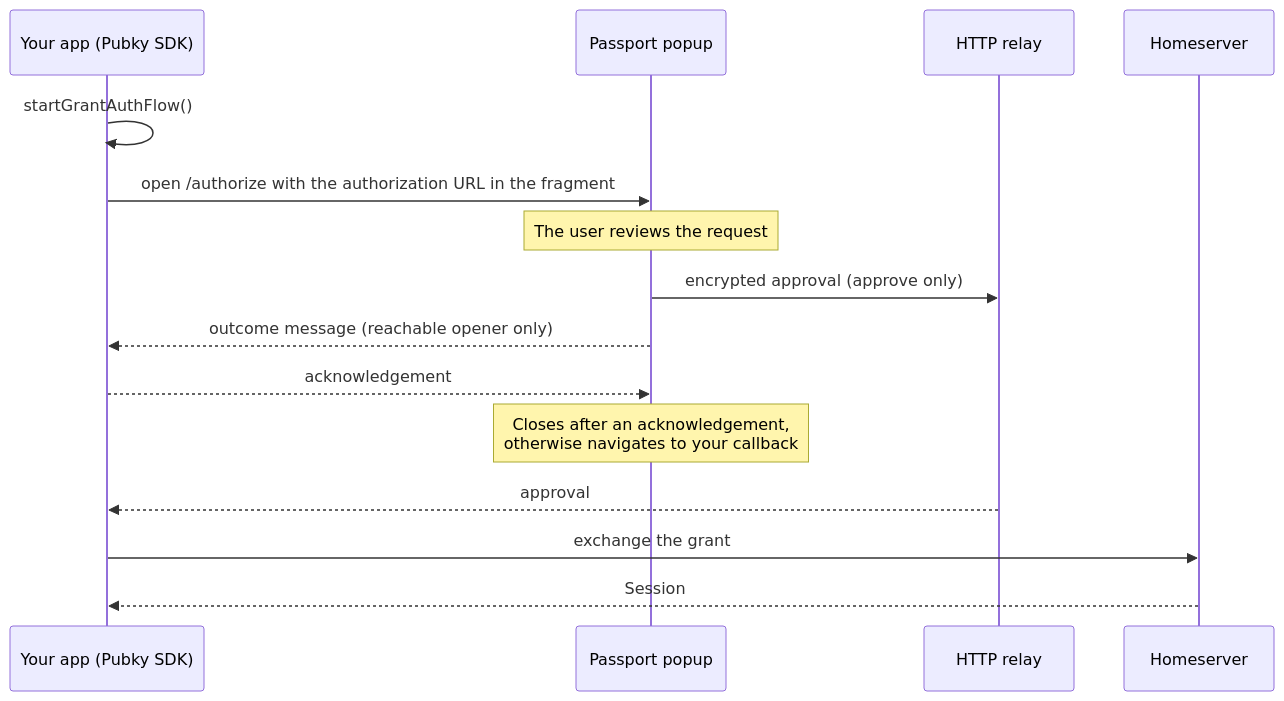
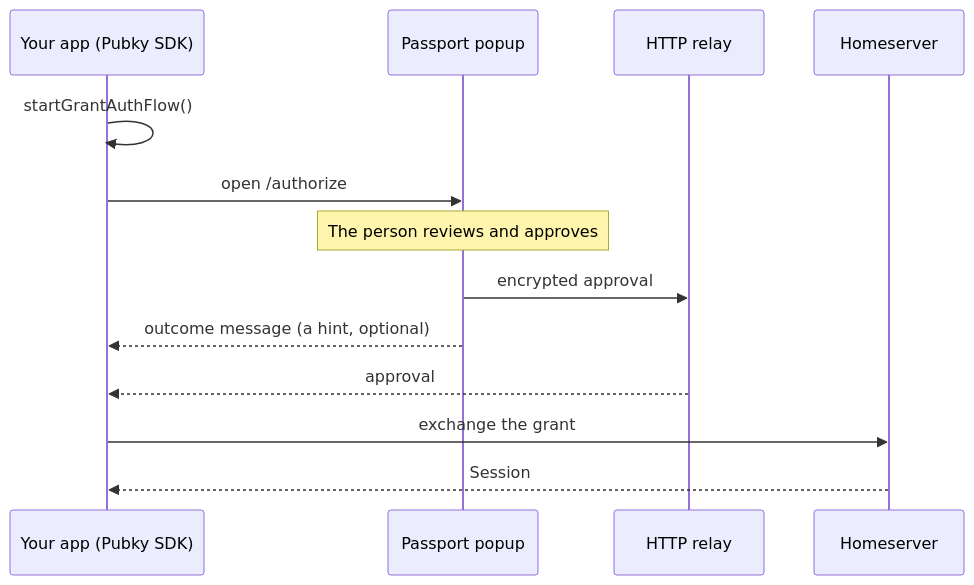
The diagram in docs/integration.md (pubky/pubky-passport), drawn with Mermaid before and after one commit. The commit also changed other lines of this file and 160 other files, not shown here.

````diff
--- a/docs/integration.md
+++ b/docs/integration.md
@@ -11,18 +174,16 @@
 ```mermaid
 sequenceDiagram
     participant App as Your app (Pubky SDK)
     participant Passport as Passport popup
     participant Relay as HTTP relay
     participant Homeserver
 
     App->>App: startGrantAuthFlow()
-    App->>Passport: open /authorize with the authorization URL in the fragment
-    Note over Passport: The user reviews the request
-    Passport->>Relay: encrypted approval (approve only)
-    Passport-->>App: outcome message (reachable opener only)
-    App-->>Passport: acknowledgement
-    Note over Passport: Closes after an acknowledgement,<br/>otherwise navigates to your callback
+    App->>Passport: open /authorize#d=<authorization URL>
+    Note over Passport: The person reviews and approves
+    Passport->>Relay: encrypted approval
+    Passport-->>App: outcome message (a hint, optional)
     Relay-->>App: approval
     App->>Homeserver: exchange the grant
     Homeserver-->>App: Session
 ```
````
